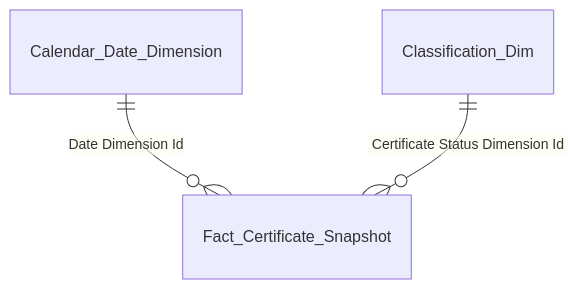
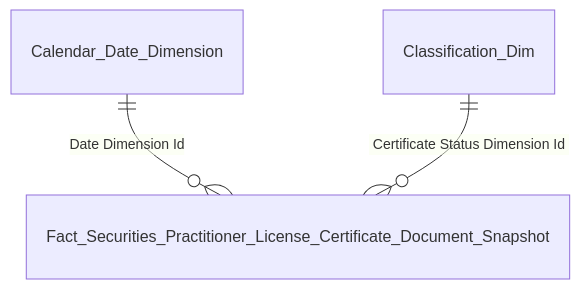
The second of 21 diagrams in Gold/hld/GOLD_NHNCK_HLD.md (linhlvit/ubck_atomic_design), drawn with Mermaid before and after one commit. The commit also changed other lines of this file and 9 other files, not shown here.

````diff
--- a/Gold/hld/GOLD_NHNCK_HLD.md
+++ b/Gold/hld/GOLD_NHNCK_HLD.md
@@ -75,5 +75,5 @@
 ```mermaid
 erDiagram
-    Calendar_Date_Dimension ||--o{ Fact_Certificate_Snapshot : "Date Dimension Id"
-    Classification_Dim ||--o{ Fact_Certificate_Snapshot : "Certificate Status Dimension Id"
+    Calendar_Date_Dimension ||--o{ Fact_Securities_Practitioner_License_Certificate_Document_Snapshot : "Date Dimension Id"
+    Classification_Dim ||--o{ Fact_Securities_Practitioner_License_Certificate_Document_Snapshot : "Certificate Status Dimension Id"
 ```
````
